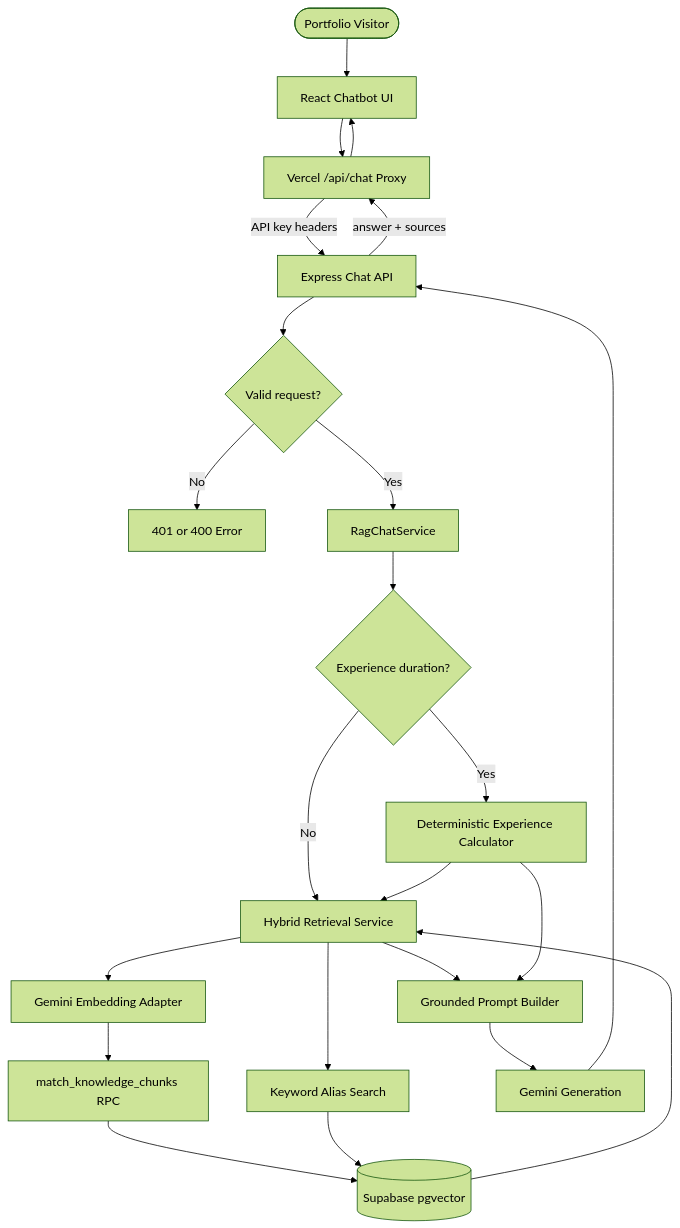
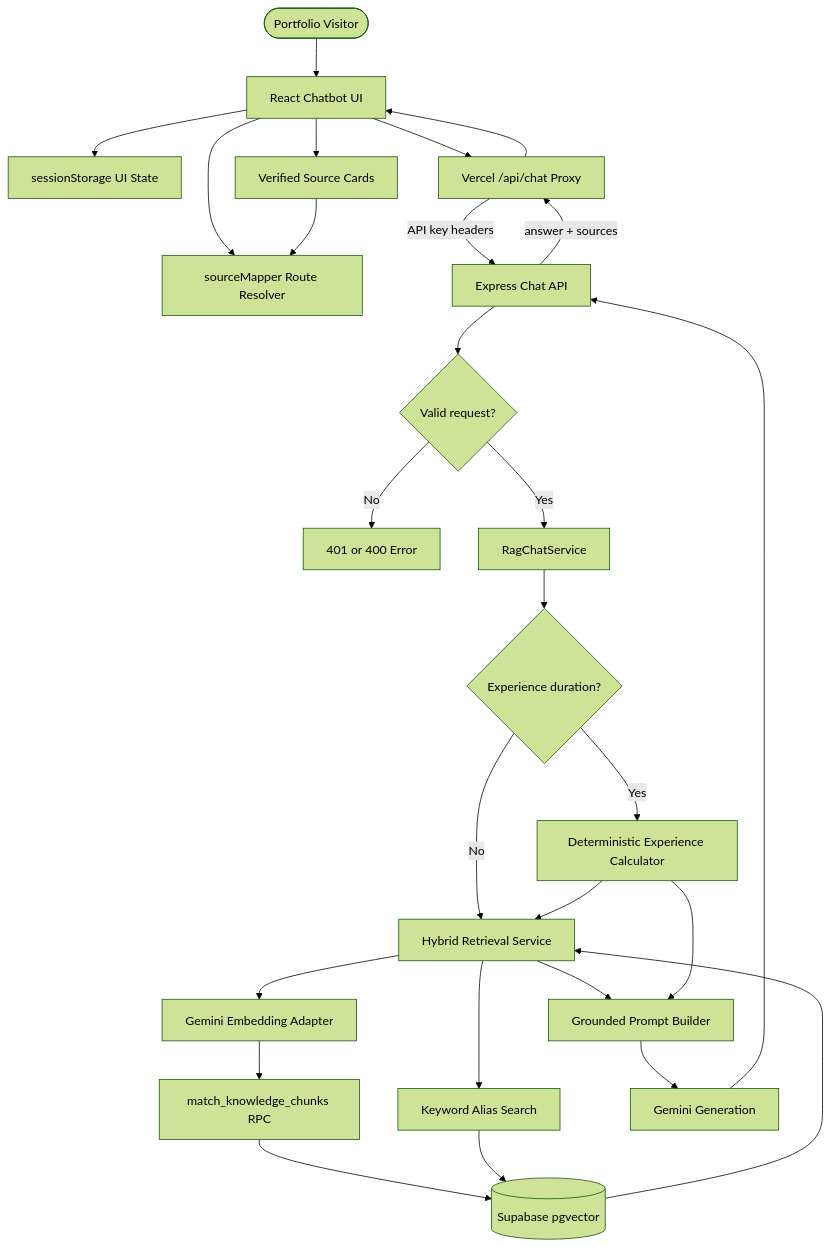
Before and after one commit to MrMandalNSU/sudipta.me: the first of 7 diagrams in docs/overviews/projects/asksudipta.md, drawn with Mermaid (forest theme). The commit also changed other lines of this file and 5 other files, not shown here.

````diff
--- a/docs/overviews/projects/asksudipta.md
+++ b/docs/overviews/projects/asksudipta.md
@@ -11,25 +11,29 @@
 ```mermaid
 flowchart TD
     User([Portfolio Visitor]) --> Chatbot[React Chatbot UI]
+    Chatbot --> State[sessionStorage UI State]
+    Chatbot --> SourceMap[sourceMapper Route Resolver]
     Chatbot --> Proxy[Vercel /api/chat Proxy]
     Proxy -->|API key headers| Api[Express Chat API]
     Api --> Auth{Valid request?}
     Auth -->|No| Reject[401 or 400 Error]
     Auth -->|Yes| ChatService[RagChatService]
     ChatService --> Intent{Experience duration?}
     Intent -->|Yes| Calculator[Deterministic Experience Calculator]
     Intent -->|No| Retrieval[Hybrid Retrieval Service]
     Calculator --> Retrieval
     Retrieval --> Embedding[Gemini Embedding Adapter]
     Retrieval --> Keyword[Keyword Alias Search]
     Embedding --> VectorRpc[match_knowledge_chunks RPC]
     VectorRpc --> Store[(Supabase pgvector)]
     Keyword --> Store
     Store --> Retrieval
     Retrieval --> Prompt[Grounded Prompt Builder]
     Calculator --> Prompt
     Prompt --> Gemini[Gemini Generation]
     Gemini --> Api
     Api -->|answer + sources| Proxy
     Proxy --> Chatbot
+    Chatbot --> Sources[Verified Source Cards]
+    Sources --> SourceMap
 ```
````
